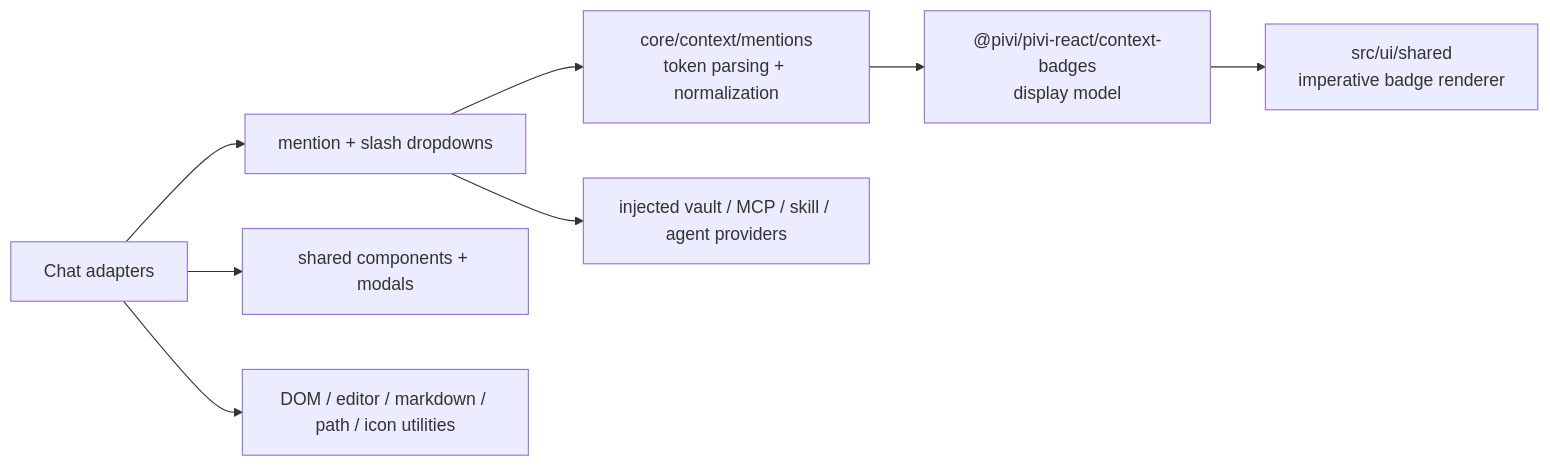
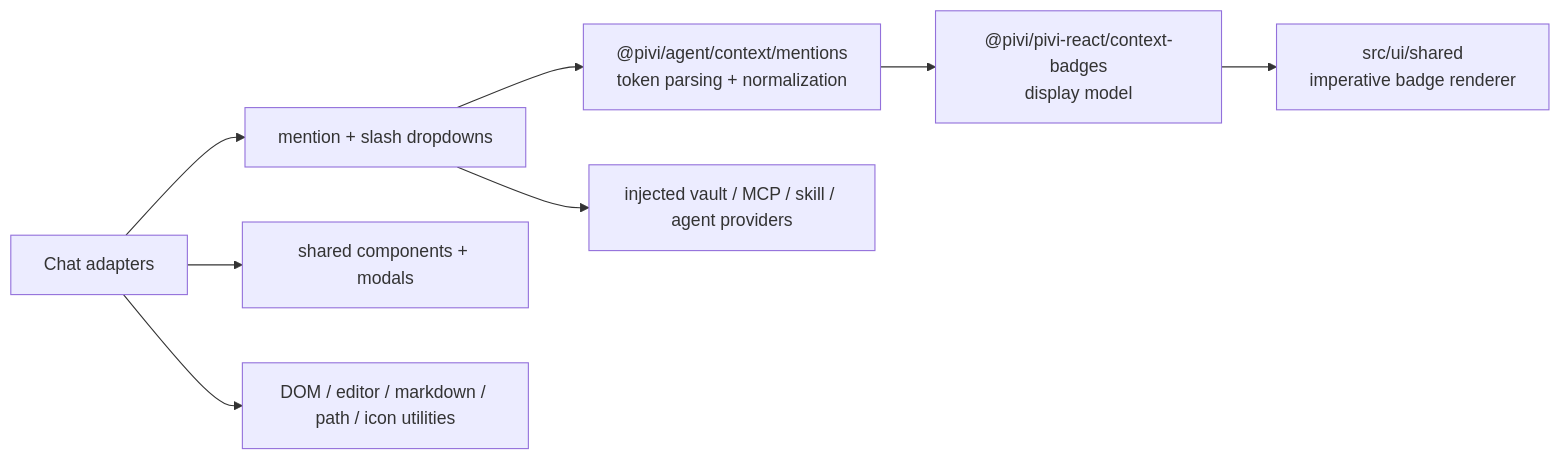
Before and after one commit to shuuul/obsidian-pivi: the diagram in src/ui/shared/AGENTS.md, drawn with Mermaid. The commit also changed other lines of this file and 817 other files, not shown here.

First line of the commit message:
refactor(architecture): split agent package from Pi engine adapter

````diff
--- a/src/ui/shared/AGENTS.md
+++ b/src/ui/shared/AGENTS.md
@@ -11,10 +11,10 @@
 ```mermaid
 flowchart LR
   Consumers["Chat adapters"] --> Inputs["mention + slash dropdowns"]
-  Inputs --> Parser["core/context/mentions<br/>token parsing + normalization"]
+  Inputs --> Parser["@pivi/agent/context/mentions<br/>token parsing + normalization"]
   Parser --> Badges["@pivi/pivi-react/context-badges<br/>display model"]
   Badges --> Renderer["src/ui/shared<br/>imperative badge renderer"]
   Inputs --> Providers["injected vault / MCP / skill / agent providers"]
   Consumers --> Common["shared components + modals"]
   Consumers --> Utils["DOM / editor / markdown / path / icon utilities"]
 ```
````
